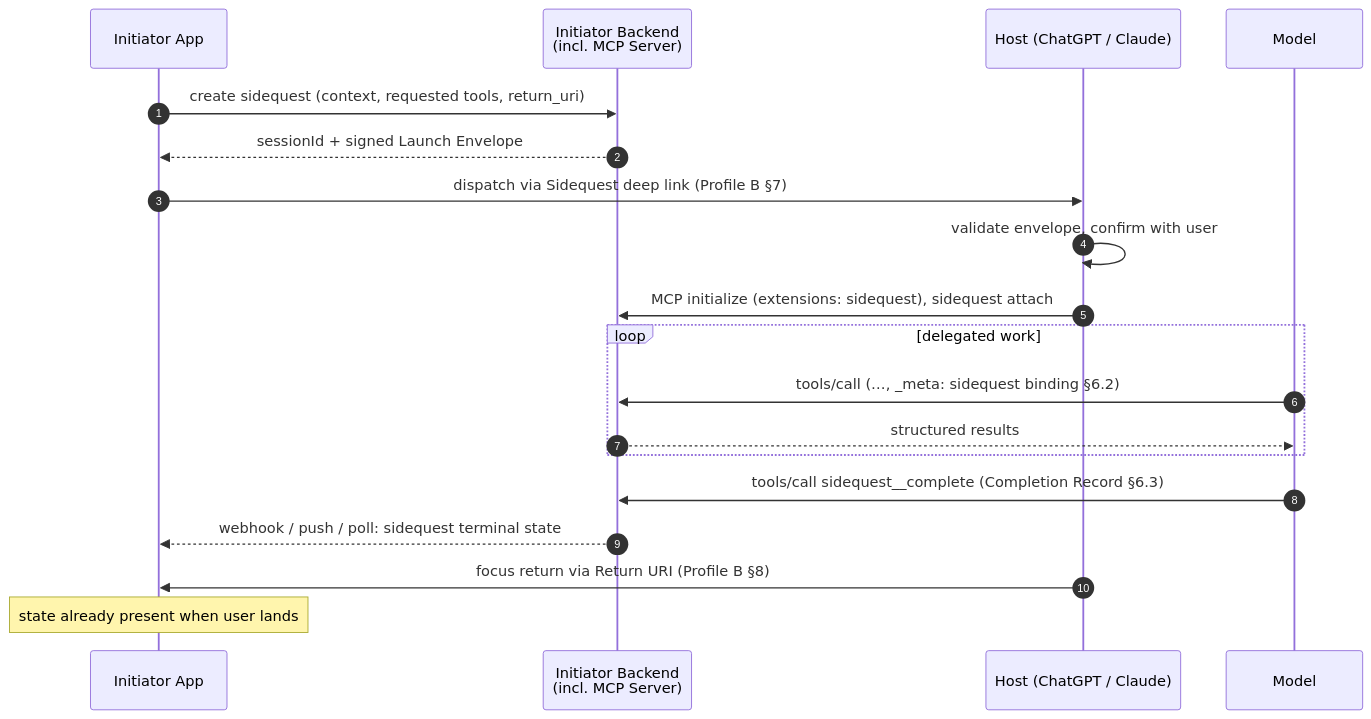
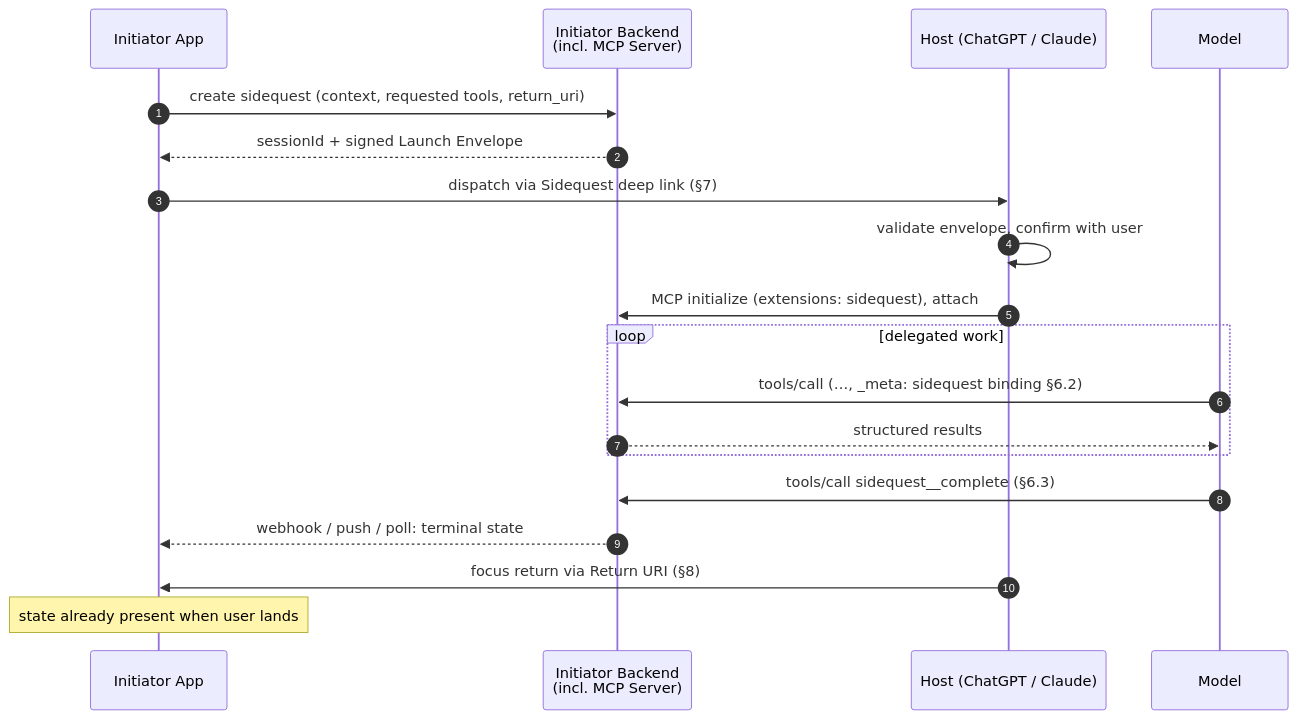
Before and after one commit to Techna183/app-agent-continuation: the diagram in spec/sidequest-protocol.md, drawn with Mermaid. The commit also changed other lines of this file and 1 other file, not shown here.

````diff
--- a/spec/sidequest-protocol.md
+++ b/spec/sidequest-protocol.md
@@ -314,22 +150,22 @@
 ```mermaid
 sequenceDiagram
     autonumber
     participant App as Initiator App
     participant BE as Initiator Backend<br/>(incl. MCP Server)
     participant Host as Host (ChatGPT / Claude)
     participant Model as Model
 
     App->>BE: create sidequest (context, requested tools, return_uri)
     BE-->>App: sessionId + signed Launch Envelope
-    App->>Host: dispatch via Sidequest deep link (Profile B §7)
+    App->>Host: dispatch via Sidequest deep link (§7)
     Host->>Host: validate envelope, confirm with user
-    Host->>BE: MCP initialize (extensions: sidequest), sidequest attach
+    Host->>BE: MCP initialize (extensions: sidequest), attach
     loop delegated work
         Model->>BE: tools/call (…, _meta: sidequest binding §6.2)
         BE-->>Model: structured results
     end
-    Model->>BE: tools/call sidequest__complete (Completion Record §6.3)
-    BE-->>App: webhook / push / poll: sidequest terminal state
-    Host->>App: focus return via Return URI (Profile B §8)
+    Model->>BE: tools/call sidequest__complete (§6.3)
+    BE-->>App: webhook / push / poll: terminal state
+    Host->>App: focus return via Return URI (§8)
     Note over App: state already present when user lands
 ```
````
